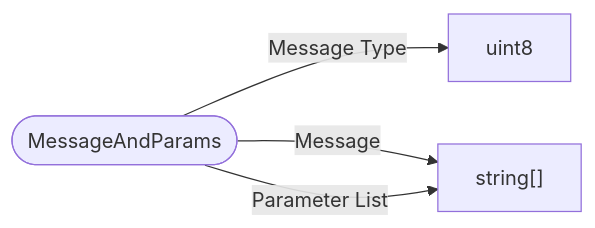
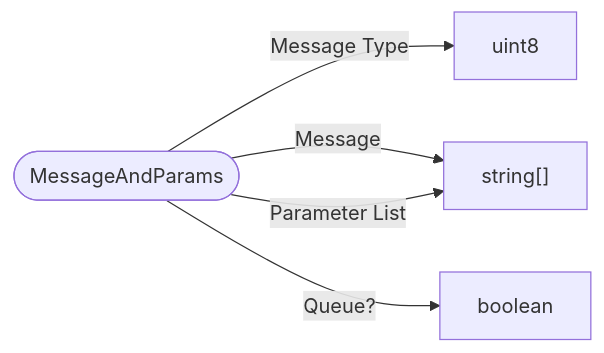
The diagram in schemas/types/MessageAndParams.md (bedrock-v/protocol-docs), drawn with Mermaid before and after one commit. The commit also changed 42 other files, not shown here.

````diff
--- a/schemas/types/MessageAndParams.md
+++ b/schemas/types/MessageAndParams.md
@@ -5,7 +5,8 @@
 ```mermaid
 flowchart LR
   ROOT(["MessageAndParams"])
   ROOT -->|"Message Type"| uint8["uint8"]
   ROOT -->|"Message"| string["string"]
   ROOT -->|"Parameter List"| string["string[]"]
+  ROOT -->|"Queue?"| boolean["boolean"]
 ```
````
